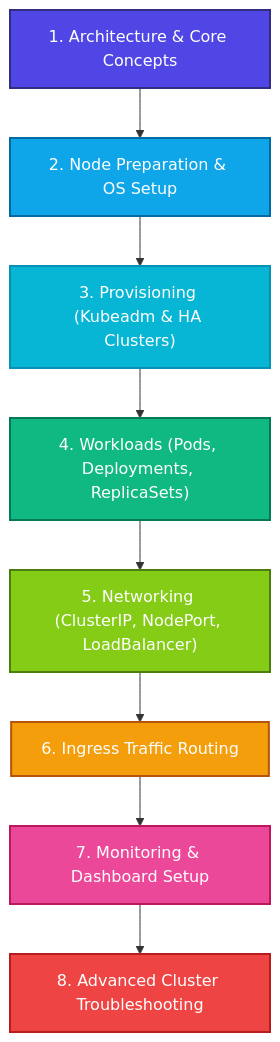
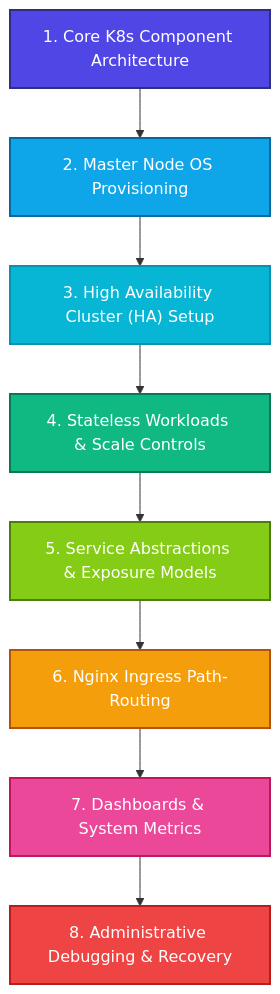
One commit to ThePremkumar/k8s changed the second of 2 diagrams in README.md. Above: the diagram before and after it, drawn with Mermaid. The commit also changed other lines of this file, not shown here.

Commit message:
docs: revamp Kubernetes README with Mermaid architecture diagram, improved structure, and enhanced documentation navigation

````diff
--- a/README.md
+++ b/README.md
@@ -160,19 +195,19 @@
 ```mermaid
 graph TD
-    A["1. Architecture & Core Concepts"] --> B["2. Node Preparation & OS Setup"]
-    B --> C["3. Provisioning (Kubeadm & HA Clusters)"]
-    C --> D["4. Workloads (Pods, Deployments, ReplicaSets)"]
-    D --> E["5. Networking (ClusterIP, NodePort, LoadBalancer)"]
-    E --> F["6. Ingress Traffic Routing"]
-    F --> G["7. Monitoring & Dashboard Setup"]
-    G --> H["8. Advanced Cluster Troubleshooting"]
+    A["1. Core K8s Component Architecture"] --> B["2. Master Node OS Provisioning"]
+    B --> C["3. High Availability Cluster (HA) Setup"]
+    C --> D["4. Stateless Workloads & Scale Controls"]
+    D --> E["5. Service Abstractions & Exposure Models"]
+    E --> F["6. Nginx Ingress Path-Routing"]
+    F --> G["7. Dashboards & System Metrics"]
+    G --> H["8. Administrative Debugging & Recovery"]
     
     style A fill:#4F46E5,stroke:#312E81,stroke-width:2px,color:#fff
     style B fill:#0EA5E9,stroke:#0369A1,stroke-width:2px,color:#fff
     style C fill:#06B6D4,stroke:#0891B2,stroke-width:2px,color:#fff
     style D fill:#10B981,stroke:#047857,stroke-width:2px,color:#fff
     style E fill:#84CC16,stroke:#4D7C0F,stroke-width:2px,color:#fff
     style F fill:#F59E0B,stroke:#B45309,stroke-width:2px,color:#fff
     style G fill:#EC4899,stroke:#BE185D,stroke-width:2px,color:#fff
     style H fill:#EF4444,stroke:#B91C1C,stroke-width:2px,color:#fff
 ```
````
